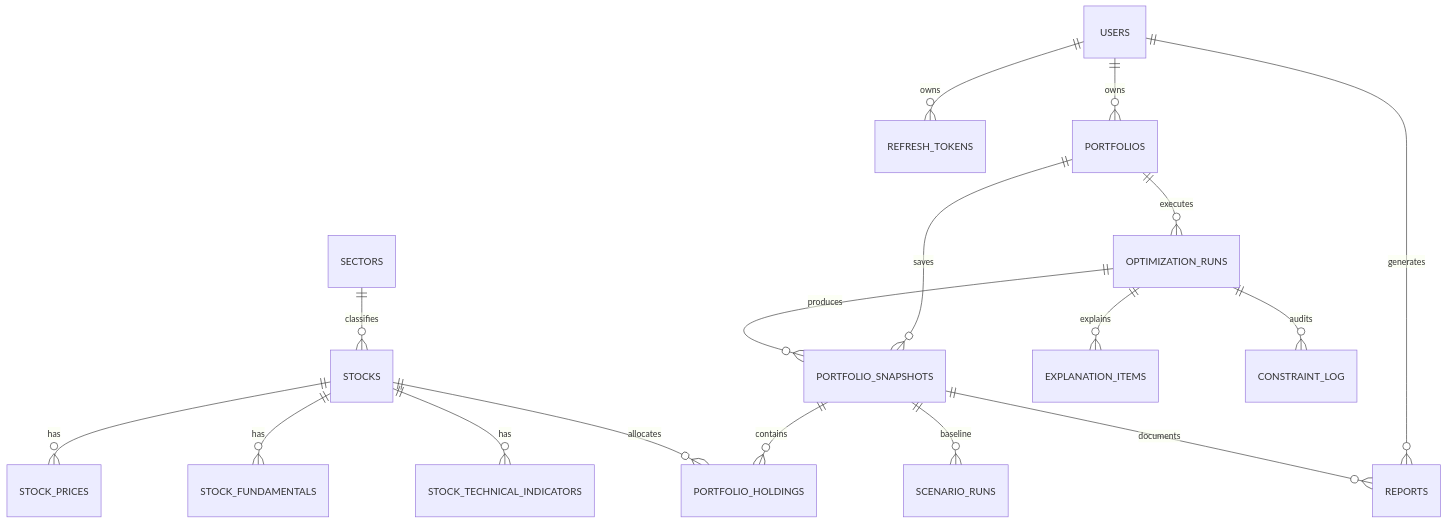
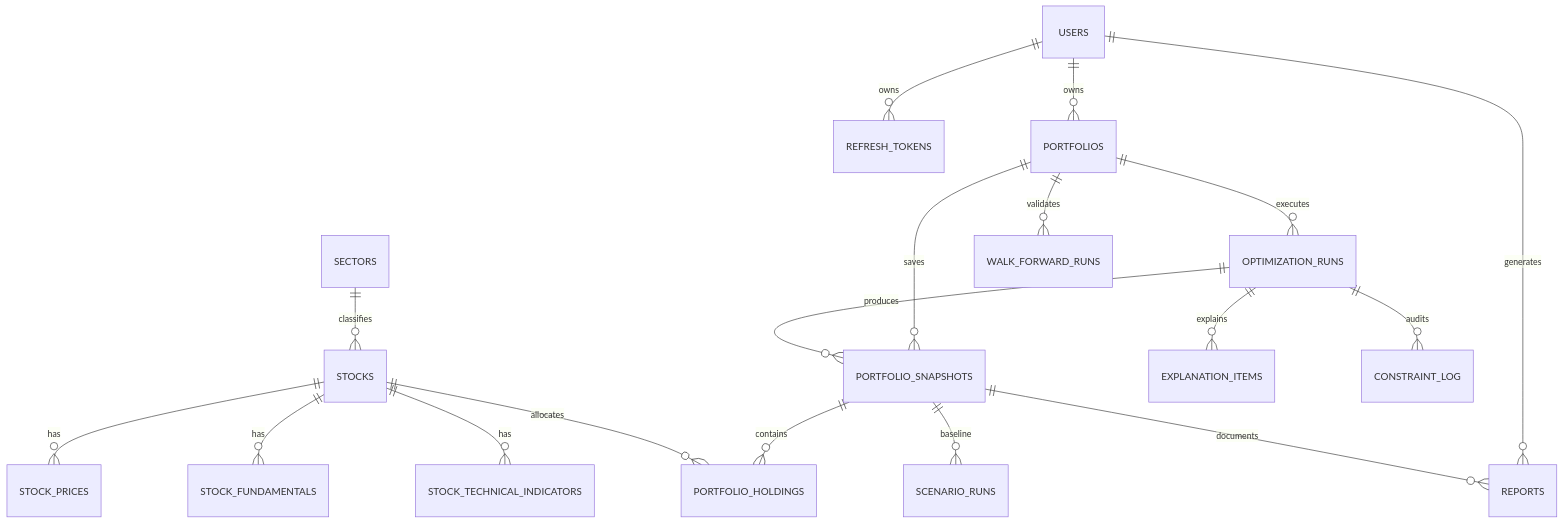
The second of 2 diagrams in docs/final-report/02-system-design.md (ParthrChandurkar/quantitative-portfolio-optimization-dss), drawn with Mermaid before and after one commit. The commit also changed other lines of this file and 23 other files, not shown here.

Commit message:
feat: add walk-forward portfolio backtesting

````diff
--- a/docs/final-report/02-system-design.md
+++ b/docs/final-report/02-system-design.md
@@ -23,19 +23,20 @@
 ```mermaid
 erDiagram
     USERS ||--o{ REFRESH_TOKENS : owns
     USERS ||--o{ PORTFOLIOS : owns
     USERS ||--o{ REPORTS : generates
     SECTORS ||--o{ STOCKS : classifies
     STOCKS ||--o{ STOCK_PRICES : has
     STOCKS ||--o{ STOCK_FUNDAMENTALS : has
     STOCKS ||--o{ STOCK_TECHNICAL_INDICATORS : has
     PORTFOLIOS ||--o{ OPTIMIZATION_RUNS : executes
     PORTFOLIOS ||--o{ PORTFOLIO_SNAPSHOTS : saves
+    PORTFOLIOS ||--o{ WALK_FORWARD_RUNS : validates
     OPTIMIZATION_RUNS ||--o{ PORTFOLIO_SNAPSHOTS : produces
     PORTFOLIO_SNAPSHOTS ||--o{ PORTFOLIO_HOLDINGS : contains
     STOCKS ||--o{ PORTFOLIO_HOLDINGS : allocates
     OPTIMIZATION_RUNS ||--o{ EXPLANATION_ITEMS : explains
     OPTIMIZATION_RUNS ||--o{ CONSTRAINT_LOG : audits
     PORTFOLIO_SNAPSHOTS ||--o{ SCENARIO_RUNS : baseline
     PORTFOLIO_SNAPSHOTS ||--o{ REPORTS : documents
 ```
````
